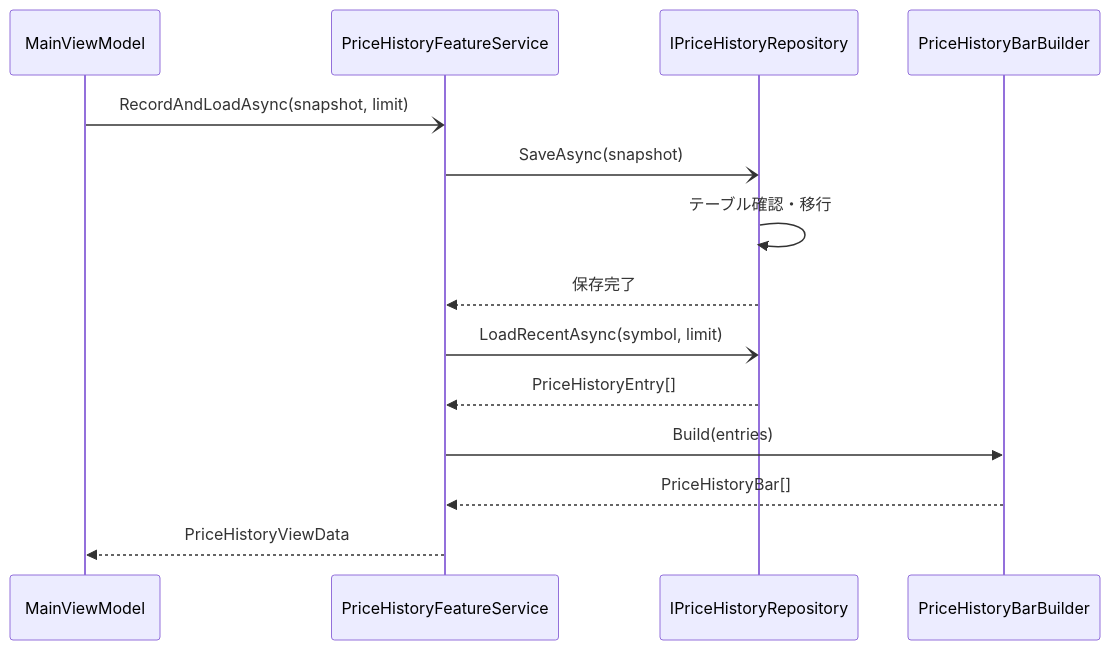
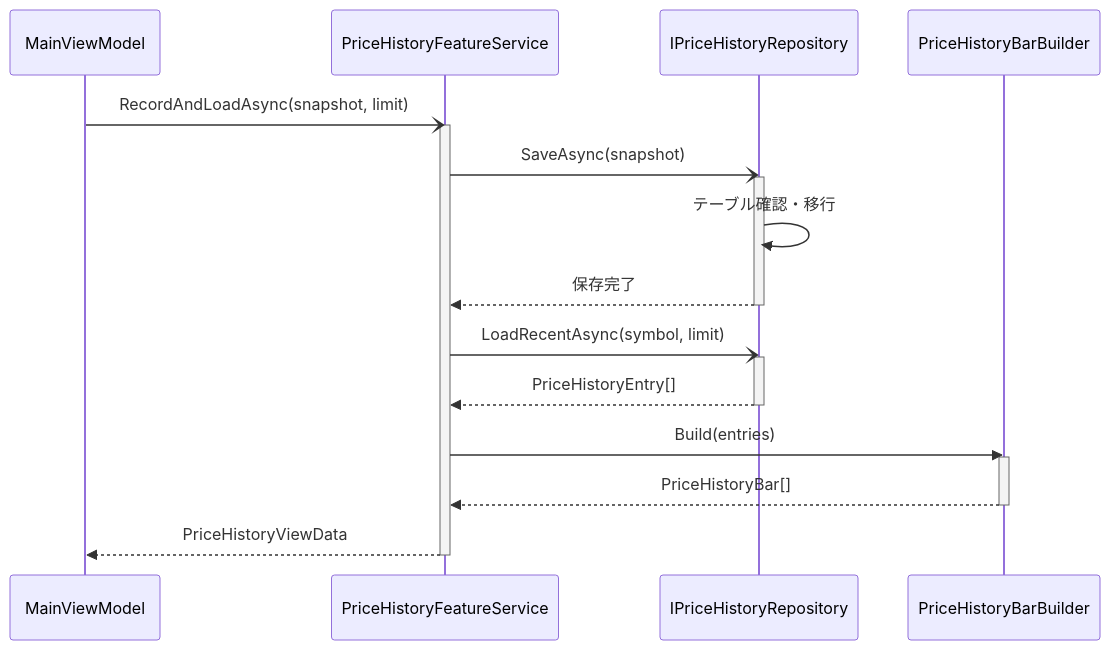
The ninth of 29 diagrams in docs/DESIGN.md (yankee2023/market_monitor), drawn with Mermaid before and after one commit. The commit also changed other lines of this file and 9 other files, not shown here.

````diff
--- a/docs/DESIGN.md
+++ b/docs/DESIGN.md
@@ -343,17 +480,25 @@
 ```mermaid
 sequenceDiagram
     participant VM as MainViewModel
     participant Feature as PriceHistoryFeatureService
     participant Repo as IPriceHistoryRepository
     participant Builder as PriceHistoryBarBuilder
 
     VM-)Feature: RecordAndLoadAsync(snapshot, limit)
+    activate Feature
     Feature-)Repo: SaveAsync(snapshot)
+    activate Repo
     Repo->>Repo: テーブル確認・移行
     Repo-->>Feature: 保存完了
+    deactivate Repo
     Feature-)Repo: LoadRecentAsync(symbol, limit)
+    activate Repo
     Repo-->>Feature: PriceHistoryEntry[]
+    deactivate Repo
     Feature->>Builder: Build(entries)
+    activate Builder
     Builder-->>Feature: PriceHistoryBar[]
+    deactivate Builder
     Feature-->>VM: PriceHistoryViewData
+    deactivate Feature
 ```
````
